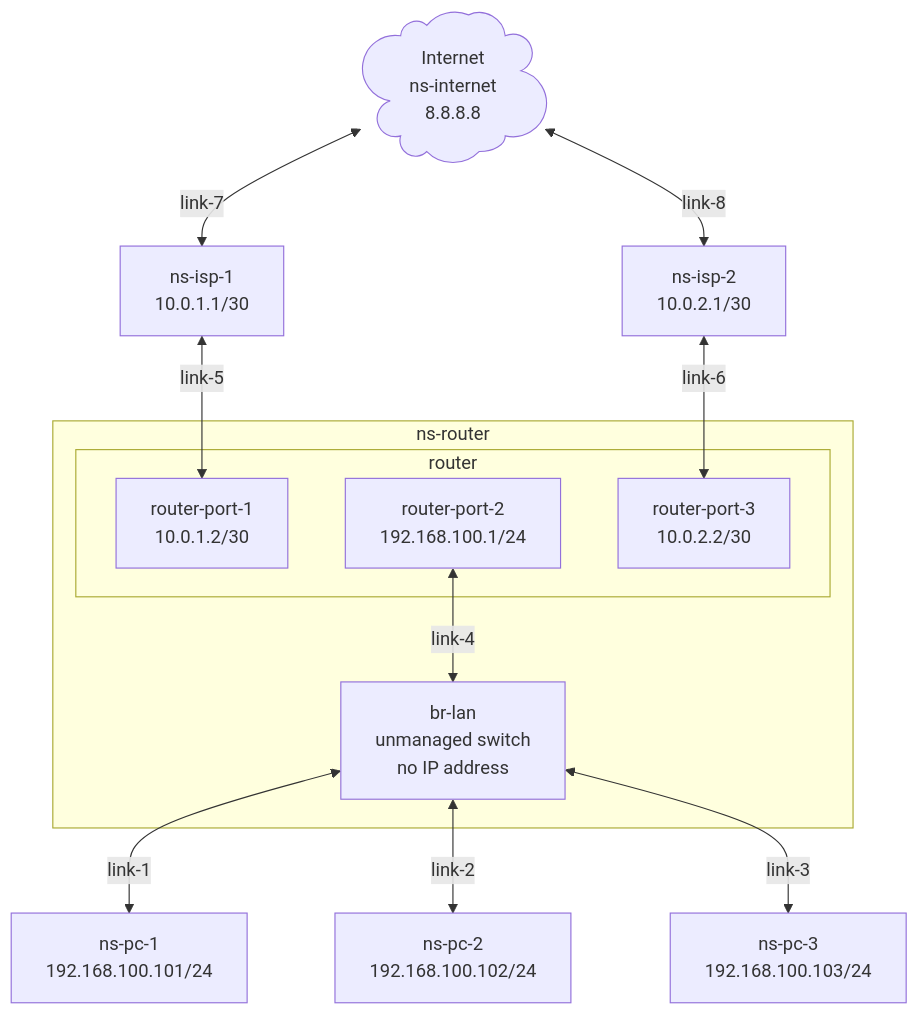
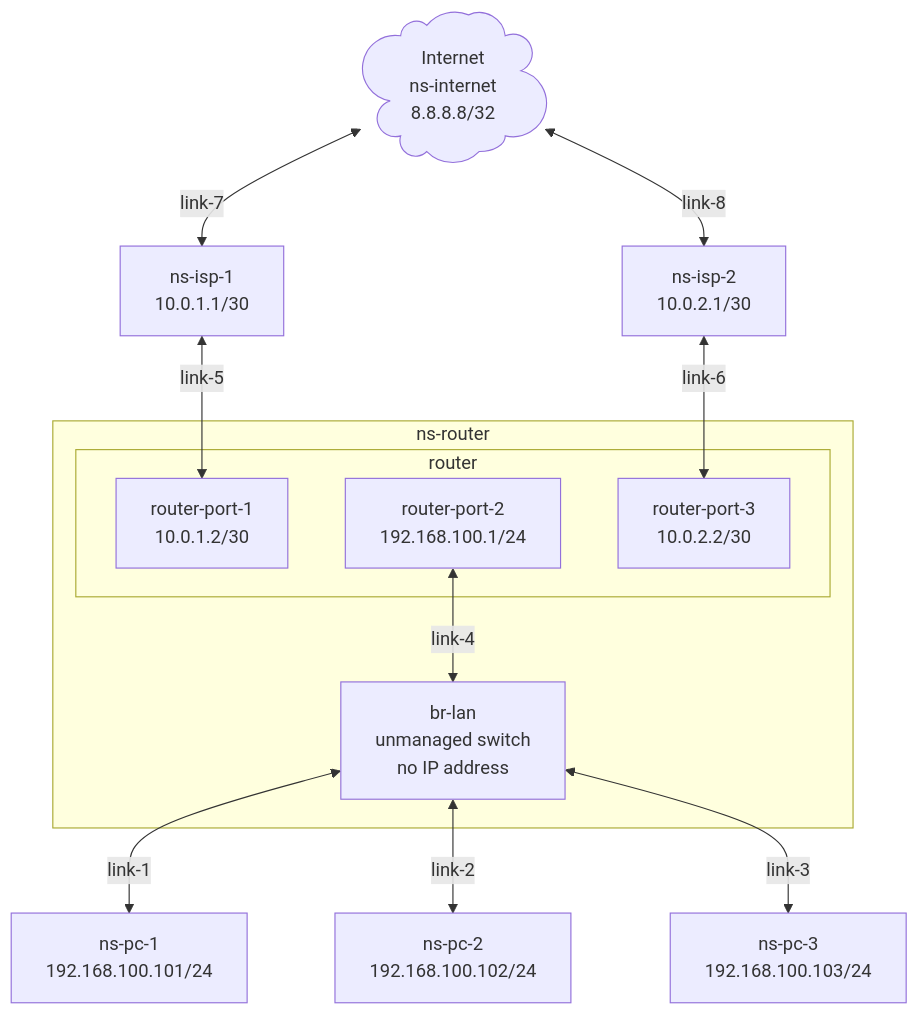
Before and after one commit to twdamhore/virtual-switch-lab: the diagram in docs/01-policy-routing.md, drawn with Mermaid. The commit also changed other lines of this file, not shown here.

````diff
--- a/docs/01-policy-routing.md
+++ b/docs/01-policy-routing.md
@@ -33,27 +34,27 @@
 ```mermaid
 graph TB
-    Internet@{ label: "Internet<br>ns-internet<br>8.8.8.8", shape: cloud }
+    Internet@{ label: "Internet<br>ns-internet<br>8.8.8.8/32", shape: cloud }
     ISP_1["ns-isp-1<br>10.0.1.1/30"]
     ISP_2["ns-isp-2<br>10.0.2.1/30"]
     subgraph "ns-router"
         subgraph "router"
             ROUTER_PORT_1["router-port-1<br>10.0.1.2/30"]
             ROUTER_PORT_2["router-port-2<br>192.168.100.1/24"]
             ROUTER_PORT_3["router-port-3<br>10.0.2.2/30"]
         end
         SWITCH["br-lan<br>unmanaged switch<br>no IP address"]        
     end
 
     PC_1["ns-pc-1<br>192.168.100.101/24"]
     PC_2["ns-pc-2<br>192.168.100.102/24"]
     PC_3["ns-pc-3<br>192.168.100.103/24"]
     
     Internet <-- link-7 --> ISP_1
     Internet <-- link-8 --> ISP_2
     ISP_1 <-- link-5 --> ROUTER_PORT_1
     ISP_2 <-- link-6 --> ROUTER_PORT_3
     ROUTER_PORT_2 <-- link-4 --> SWITCH
     SWITCH <-- link-1 --> PC_1
     SWITCH <-- link-2 --> PC_2
     SWITCH <-- link-3 --> PC_3
 ```
````
